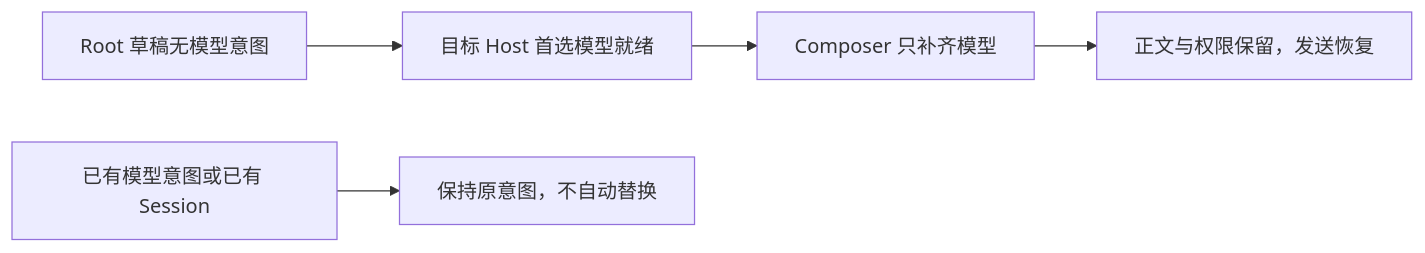
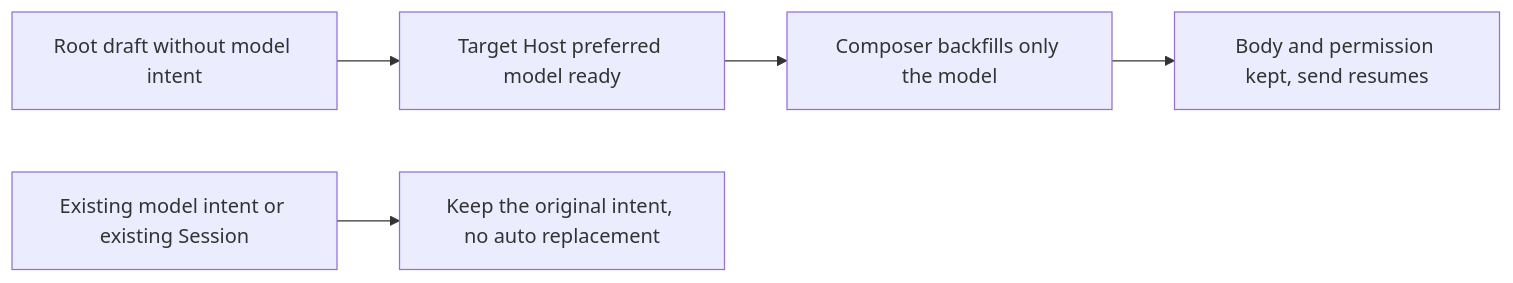
The second of 2 diagrams in docs/ui/composer-text-draft-persistence.md (osben/ZCode), drawn with Mermaid before and after one commit. The commit also changed other lines of this file and 32 other files, not shown here.

````diff
--- a/docs/ui/composer-text-draft-persistence.md
+++ b/docs/ui/composer-text-draft-persistence.md
@@ -34,7 +31,7 @@
 ```mermaid
 flowchart LR
-    A[Root 草稿无模型意图] --> B[目标 Host 首选模型就绪]
-    B --> C[Composer 只补齐模型]
-    C --> D[正文与权限保留，发送恢复]
-    E[已有模型意图或已有 Session] --> F[保持原意图，不自动替换]
+    A[Root draft without model intent] --> B[Target Host preferred model ready]
+    B --> C[Composer backfills only the model]
+    C --> D[Body and permission kept, send resumes]
+    E[Existing model intent or existing Session] --> F[Keep the original intent, no auto replacement]
 ```
````
